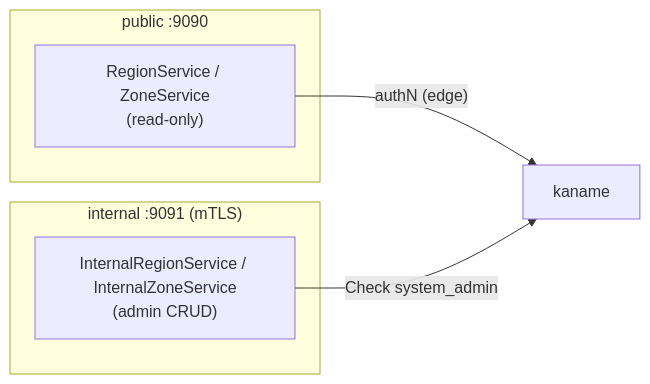
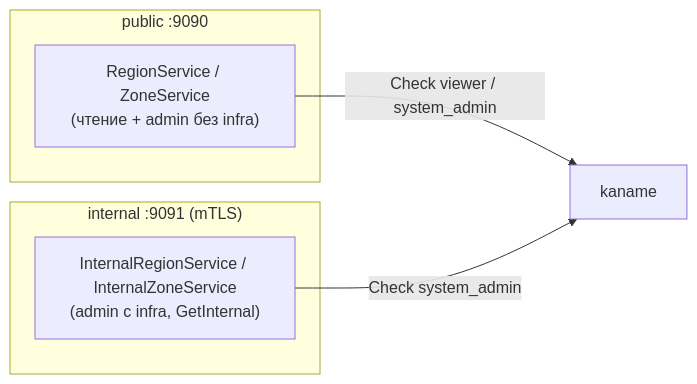
One commit to PRO-Robotech/kacho changed the third of 4 diagrams in services/geo/docs/content/architecture/overview.mdx. Above: the diagram before and after it, drawn with Mermaid. The commit also changed other lines of this file and 48 other files, not shown here.

````diff
--- a/services/geo/docs/content/architecture/overview.mdx
+++ b/services/geo/docs/content/architecture/overview.mdx
@@ -100,11 +100,11 @@
 ```mermaid
 flowchart LR
   subgraph public["public :9090"]
-    pub["RegionService / ZoneService<br/>(read-only)"]
+    pub["RegionService / ZoneService<br/>(чтение + admin без infra)"]
   end
   subgraph internal["internal :9091 (mTLS)"]
-    int["InternalRegionService / InternalZoneService<br/>(admin CRUD)"]
+    int["InternalRegionService / InternalZoneService<br/>(admin с infra, GetInternal)"]
   end
-  pub -->|"authN (edge)"| iam["kaname"]
+  pub -->|"Check viewer / system_admin"| iam["kaname"]
   int -->|"Check system_admin"| iam
 ```
````
